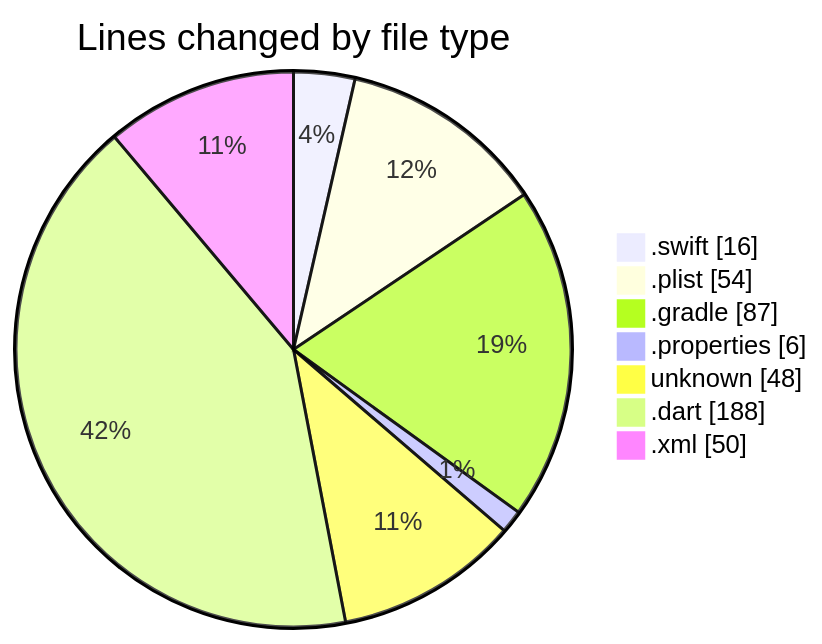
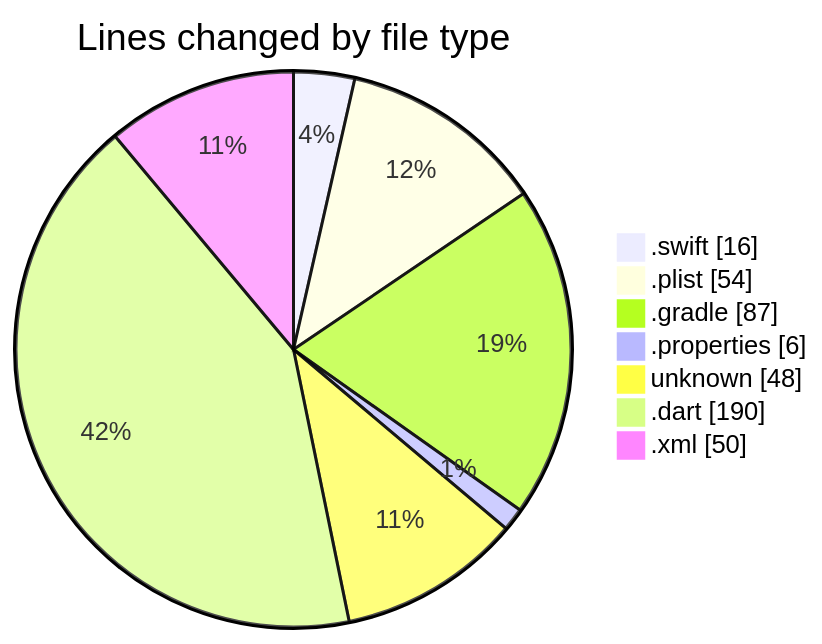
The first of 2 diagrams in 2025-01-02/maps_clone/README.md (donsfak/code-tracking), drawn with Mermaid before and after one commit. The commit also changed other lines of this file and 2 other files, not shown here.

````diff
--- a/2025-01-02/maps_clone/README.md
+++ b/2025-01-02/maps_clone/README.md
@@ -29,11 +29,11 @@
 ```mermaid
 pie showData
 title Lines changed by file type
 ".swift" : 16
 ".plist" : 54
 ".gradle" : 87
 ".properties" : 6
 "unknown" : 48
-".dart" : 188
+".dart" : 190
 ".xml" : 50
 ```
````
